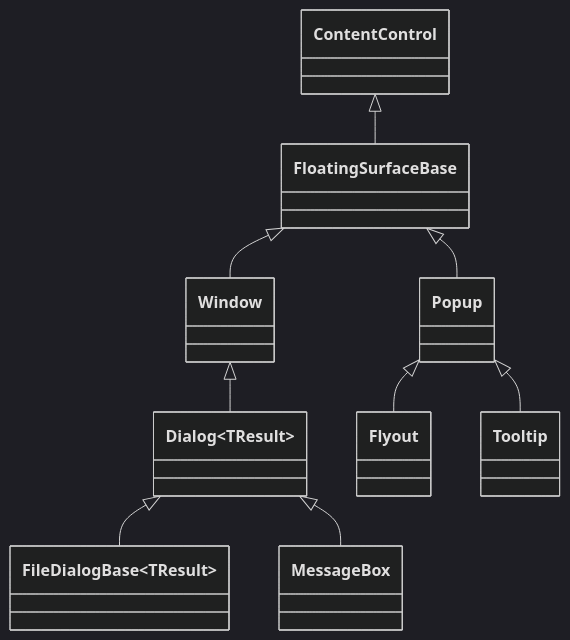
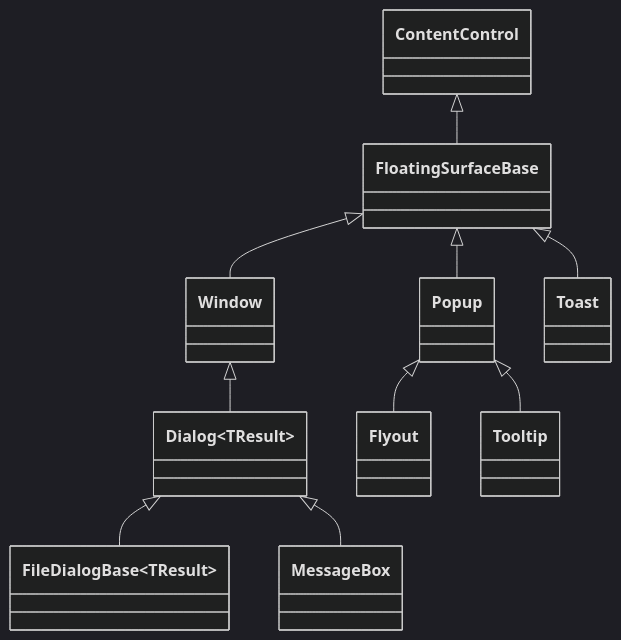
Before and after one commit to pavkam/sharp-vision: the diagram in docs/concepts/floating-surfaces.md, drawn with Mermaid (dark theme). The commit also changed other lines of this file and 22 other files, not shown here.

````diff
--- a/docs/concepts/floating-surfaces.md
+++ b/docs/concepts/floating-surfaces.md
@@ -10,11 +10,12 @@
 ```mermaid
 classDiagram
     ContentControl <|-- FloatingSurfaceBase
     FloatingSurfaceBase <|-- Window
     FloatingSurfaceBase <|-- Popup
+    FloatingSurfaceBase <|-- Toast
     Window <|-- Dialog~TResult~
     Dialog~TResult~ <|-- FileDialogBase~TResult~
     Dialog~MessageBoxResult~ <|-- MessageBox
     Popup <|-- Flyout
     Popup <|-- Tooltip
 ```
````
